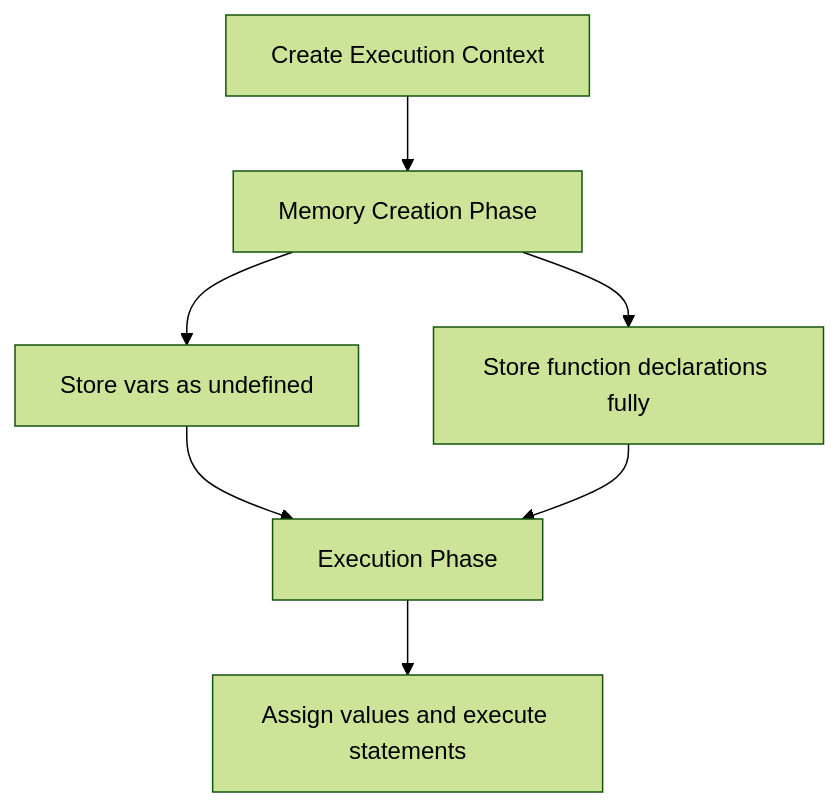
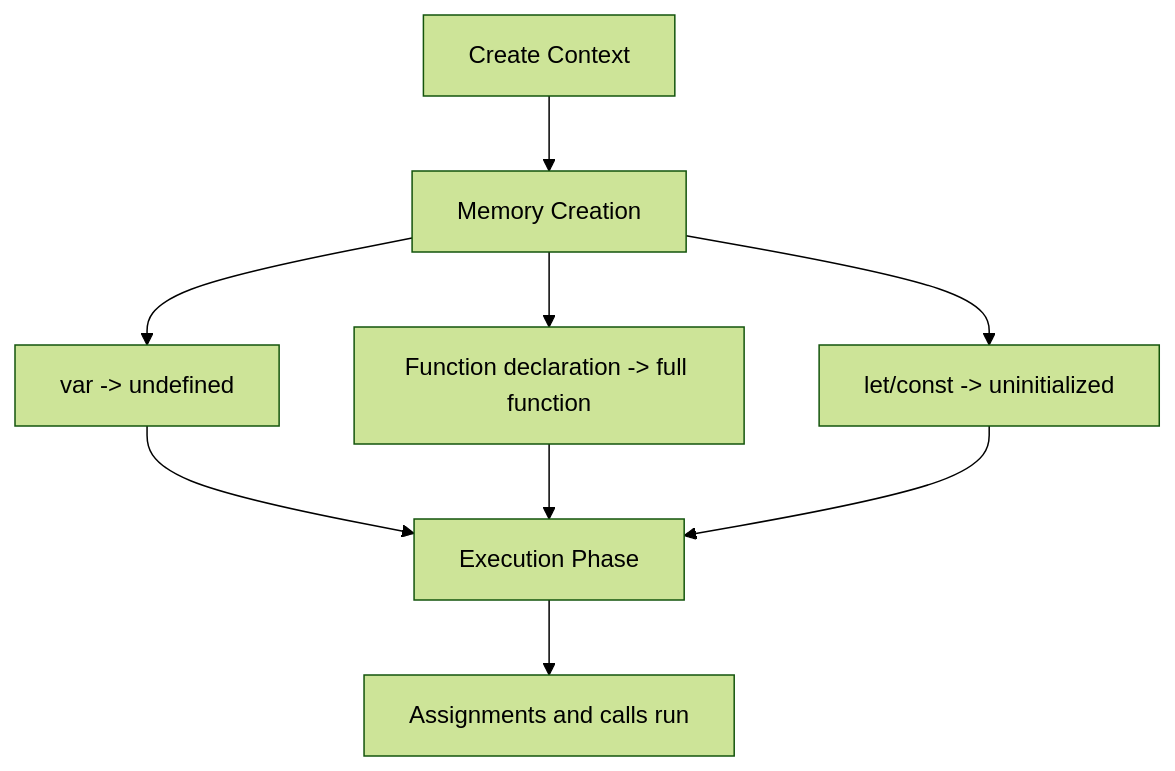
One commit to AbhishekDhone7/javascript-git-basics changed the fourth of 14 diagrams in JavaScript-Beginners-Guide.md. Above: the diagram before and after it, drawn with Mermaid (forest theme). The commit also changed other lines of this file and 1 other file, not shown here.

````diff
--- a/JavaScript-Beginners-Guide.md
+++ b/JavaScript-Beginners-Guide.md
@@ -301,9 +295,11 @@
 ```mermaid
 flowchart TD
-A[Create Execution Context] --> B[Memory Creation Phase]
-B --> C[Store vars as undefined]
-B --> D[Store function declarations fully]
-C --> E[Execution Phase]
-D --> E
-E --> F[Assign values and execute statements]
+A[Create Context] --> B[Memory Creation]
+B --> C[var -> undefined]
+B --> D[Function declaration -> full function]
+B --> E[let/const -> uninitialized]
+C --> F[Execution Phase]
+D --> F
+E --> F
+F --> G[Assignments and calls run]
 ```
````
